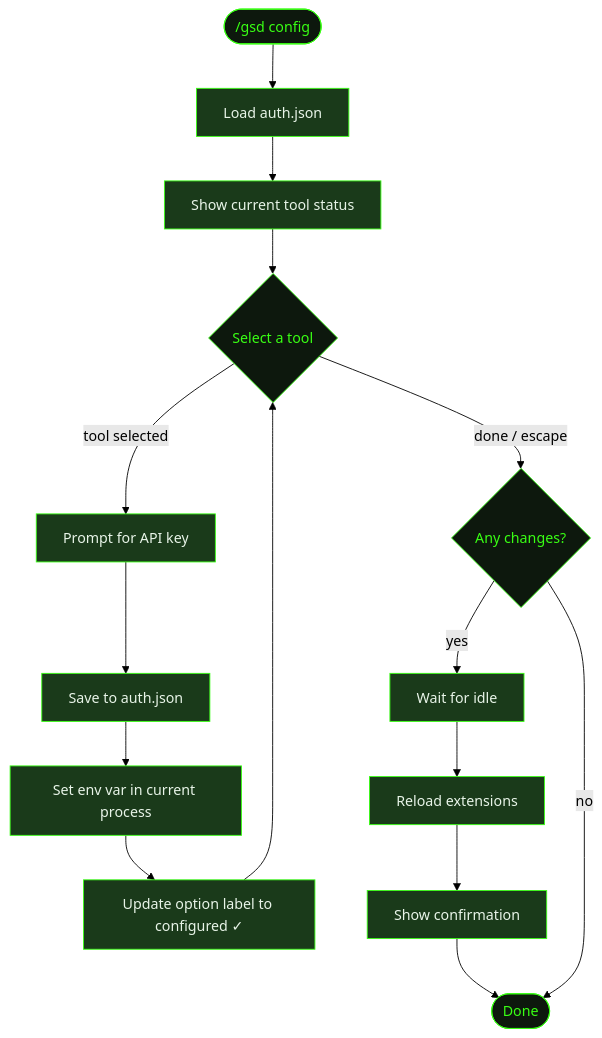
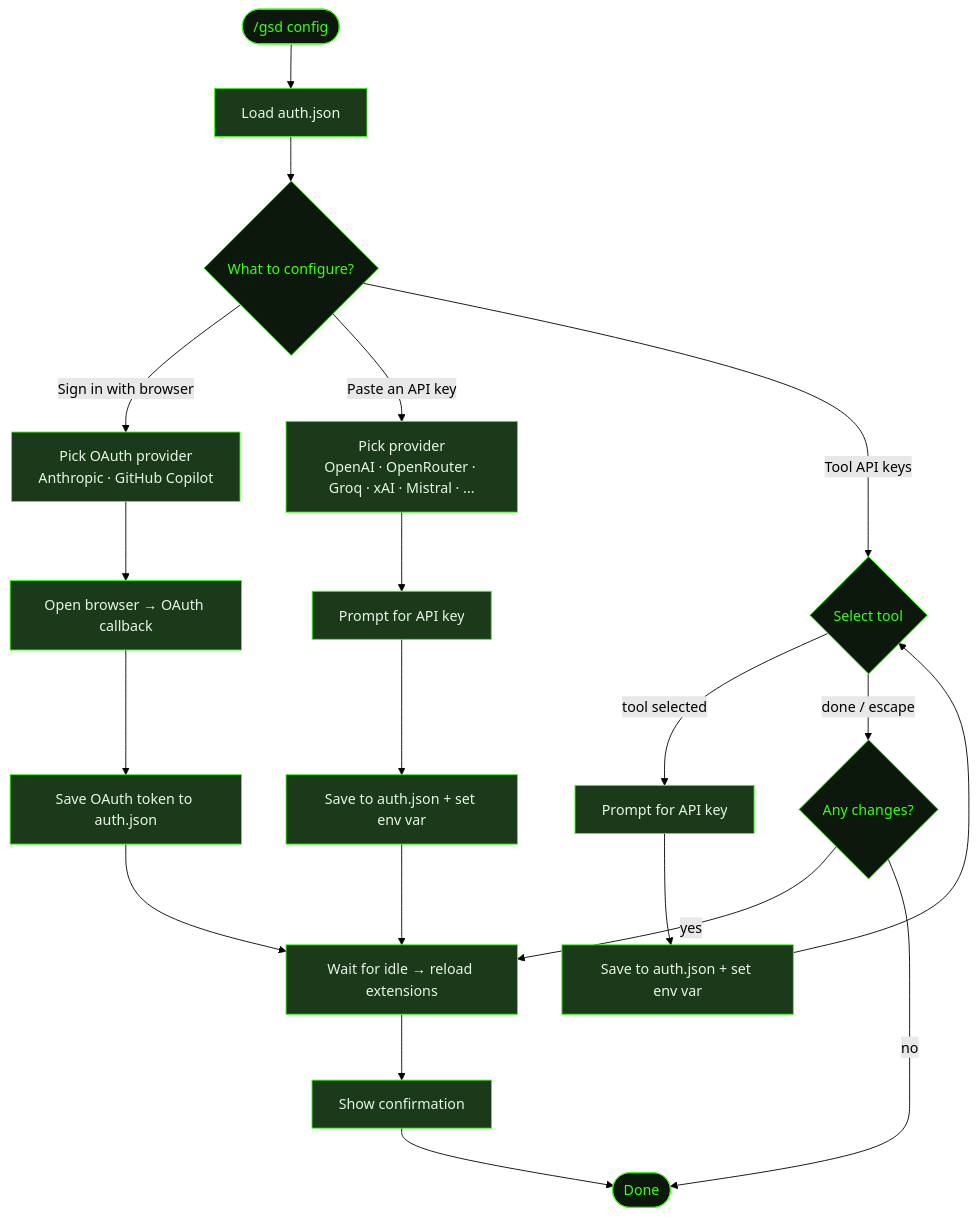
The diagram in src/content/docs/commands/config.mdx (shusha-group/gsd2-guide), drawn with Mermaid (forest theme) before and after one commit. The commit also changed other lines of this file and 20 other files, not shown here.

````diff
--- a/src/content/docs/commands/config.mdx
+++ b/src/content/docs/commands/config.mdx
@@ -26,31 +28,39 @@
 ```mermaid
 flowchart TD
     Start(["/gsd config"]) --> LoadAuth[Load auth.json]
-    LoadAuth --> Status[Show current tool status]
-    Status --> Loop{Select a tool}
-    Loop -->|tool selected| Input[Prompt for API key]
-    Input --> Save[Save to auth.json]
-    Save --> Activate[Set env var in current process]
-    Activate --> UpdateLabel[Update option label to configured ✓]
-    UpdateLabel --> Loop
-    Loop -->|done / escape| Changed{Any changes?}
-    Changed -->|yes| Idle[Wait for idle]
-    Idle --> Reload[Reload extensions]
+    LoadAuth --> TopChoice{What to configure?}
+    TopChoice -->|Sign in with browser| OAuthPick[Pick OAuth provider\nAnthropic · GitHub Copilot]
+    TopChoice -->|Paste an API key| KeyPick[Pick provider\nOpenAI · OpenRouter · Groq · xAI · Mistral · ...]
+    TopChoice -->|Tool API keys| ToolLoop{Select tool}
+    OAuthPick --> OAuthFlow[Open browser → OAuth callback]
+    OAuthFlow --> SaveOAuth[Save OAuth token to auth.json]
+    SaveOAuth --> Reload[Wait for idle → reload extensions]
+    KeyPick --> KeyInput[Prompt for API key]
+    KeyInput --> SaveKey[Save to auth.json + set env var]
+    SaveKey --> Reload
+    ToolLoop -->|tool selected| ToolInput[Prompt for API key]
+    ToolInput --> SaveTool[Save to auth.json + set env var]
+    SaveTool --> ToolLoop
+    ToolLoop -->|done / escape| Changed{Any changes?}
+    Changed -->|yes| Reload
+    Changed -->|no| End([Done])
     Reload --> Confirm[Show confirmation]
-    Confirm --> End([Done])
-    Changed -->|no| End
+    Confirm --> End
 
     style Start fill:#0d180d,stroke:#39ff14,color:#39ff14
-    style Loop fill:#0d180d,stroke:#39ff14,color:#39ff14
+    style TopChoice fill:#0d180d,stroke:#39ff14,color:#39ff14
+    style ToolLoop fill:#0d180d,stroke:#39ff14,color:#39ff14
     style Changed fill:#0d180d,stroke:#39ff14,color:#39ff14
     style End fill:#0d180d,stroke:#39ff14,color:#39ff14
     style LoadAuth fill:#1a3a1a,stroke:#39ff14,color:#e8f4e8
-    style Status fill:#1a3a1a,stroke:#39ff14,color:#e8f4e8
-    style Input fill:#1a3a1a,stroke:#39ff14,color:#e8f4e8
-    style Save fill:#1a3a1a,stroke:#39ff14,color:#e8f4e8
-    style Activate fill:#1a3a1a,stroke:#39ff14,color:#e8f4e8
-    style UpdateLabel fill:#1a3a1a,stroke:#39ff14,color:#e8f4e8
-    style Idle fill:#1a3a1a,stroke:#39ff14,color:#e8f4e8
+    style OAuthPick fill:#1a3a1a,stroke:#39ff14,color:#e8f4e8
+    style KeyPick fill:#1a3a1a,stroke:#39ff14,color:#e8f4e8
+    style OAuthFlow fill:#1a3a1a,stroke:#39ff14,color:#e8f4e8
+    style SaveOAuth fill:#1a3a1a,stroke:#39ff14,color:#e8f4e8
+    style KeyInput fill:#1a3a1a,stroke:#39ff14,color:#e8f4e8
+    style SaveKey fill:#1a3a1a,stroke:#39ff14,color:#e8f4e8
+    style ToolInput fill:#1a3a1a,stroke:#39ff14,color:#e8f4e8
+    style SaveTool fill:#1a3a1a,stroke:#39ff14,color:#e8f4e8
     style Reload fill:#1a3a1a,stroke:#39ff14,color:#e8f4e8
     style Confirm fill:#1a3a1a,stroke:#39ff14,color:#e8f4e8
 ```
````
